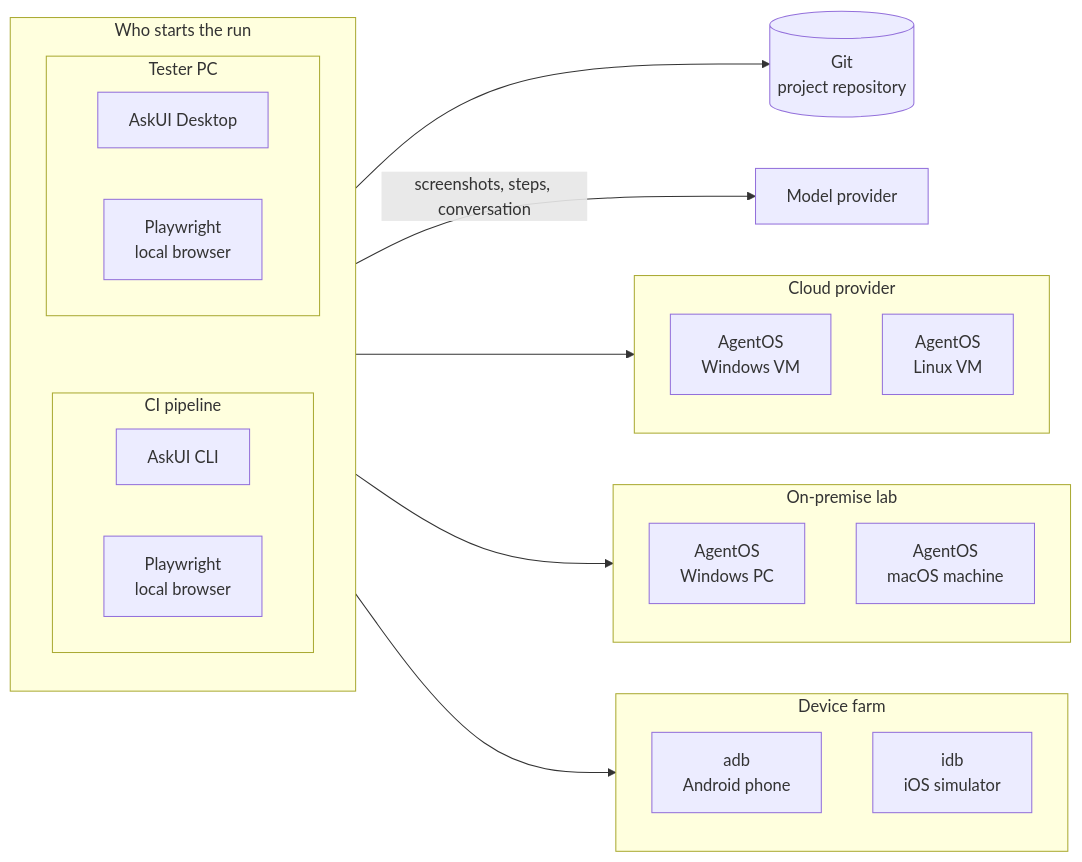
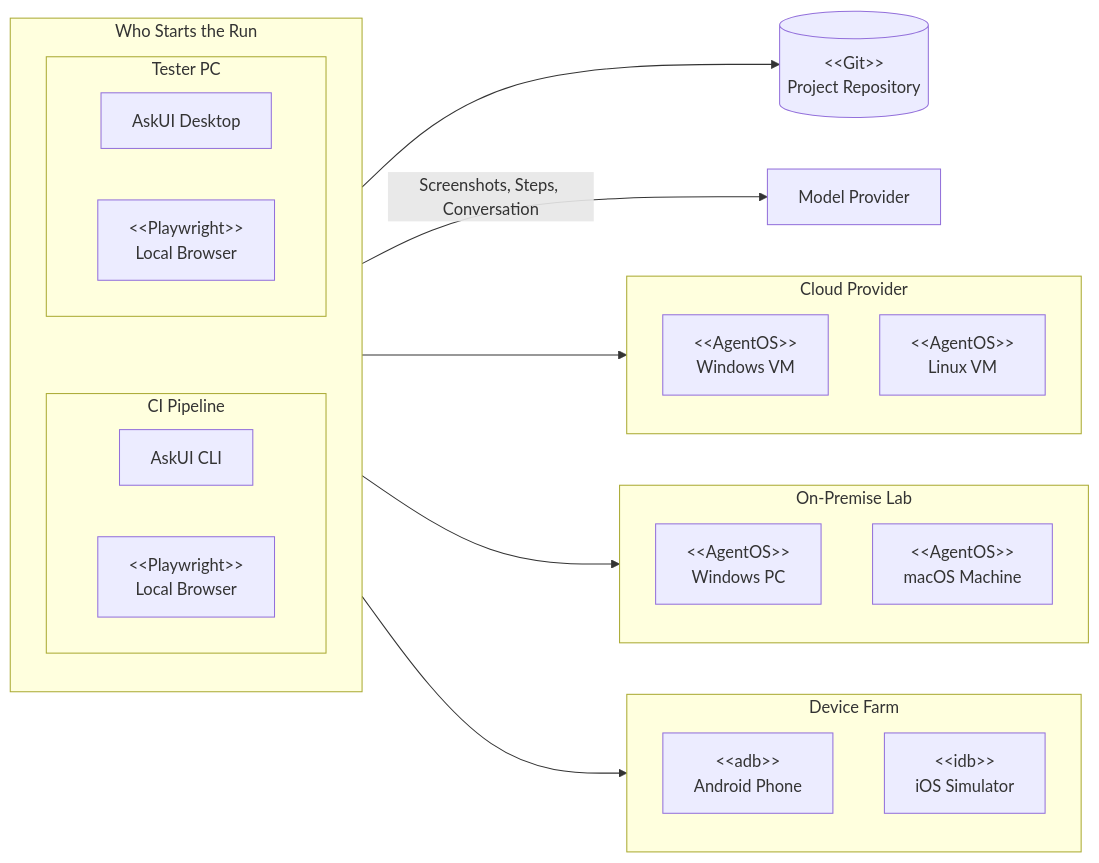
Before and after one commit to askui/docs-rewrite: the second of 2 diagrams in content/docs/concepts/enterprise-fit.mdx, drawn with Mermaid. The commit also changed other lines of this file and 1 other file, not shown here.

Commit message:
docs(enterprise-fit): protocol stereotypes and Title Case in diagram labels
Two-line boxes carry the protocol on top as <<AgentOS>>, <<adb>>, <<idb>>,
<<Playwright>>, <<Git>> (written with HTML entities — raw << is parsed as
a tag and disappears); one-line boxes keep the plain product name. All
labels and container titles Title Case. Convention documented in the
render-mermaid skill.

````diff
--- a/content/docs/concepts/enterprise-fit.mdx
+++ b/content/docs/concepts/enterprise-fit.mdx
@@ -49,33 +49,33 @@
 ```mermaid
 flowchart LR
-  subgraph starts["Who starts the run"]
+  subgraph starts["Who Starts the Run"]
     subgraph pc["Tester PC"]
       D["AskUI Desktop"]
-      B1["Playwright<br/>local browser"]
+      B1["&lt;&lt;Playwright&gt;&gt;<br/>Local Browser"]
     end
-    subgraph ci["CI pipeline"]
+    subgraph ci["CI Pipeline"]
       C["AskUI CLI"]
-      B2["Playwright<br/>local browser"]
+      B2["&lt;&lt;Playwright&gt;&gt;<br/>Local Browser"]
     end
     pc ~~~ ci
   end
-  R[("Git<br/>project repository")]
-  M["Model provider"]
-  subgraph cloud["Cloud provider"]
-    V1["AgentOS<br/>Windows VM"]
-    V2["AgentOS<br/>Linux VM"]
+  R[("&lt;&lt;Git&gt;&gt;<br/>Project Repository")]
+  M["Model Provider"]
+  subgraph cloud["Cloud Provider"]
+    V1["&lt;&lt;AgentOS&gt;&gt;<br/>Windows VM"]
+    V2["&lt;&lt;AgentOS&gt;&gt;<br/>Linux VM"]
   end
-  subgraph lab["On-premise lab"]
-    P1["AgentOS<br/>Windows PC"]
-    P2["AgentOS<br/>macOS machine"]
+  subgraph lab["On-Premise Lab"]
+    P1["&lt;&lt;AgentOS&gt;&gt;<br/>Windows PC"]
+    P2["&lt;&lt;AgentOS&gt;&gt;<br/>macOS Machine"]
   end
-  subgraph farm["Device farm"]
-    A1["adb<br/>Android phone"]
-    I1["idb<br/>iOS simulator"]
+  subgraph farm["Device Farm"]
+    A1["&lt;&lt;adb&gt;&gt;<br/>Android Phone"]
+    I1["&lt;&lt;idb&gt;&gt;<br/>iOS Simulator"]
   end
   starts --> R
-  starts -->|"screenshots, steps, conversation"| M
+  starts -->|"Screenshots, Steps, Conversation"| M
   starts --> cloud
   starts --> lab
   starts --> farm
 ```
````
